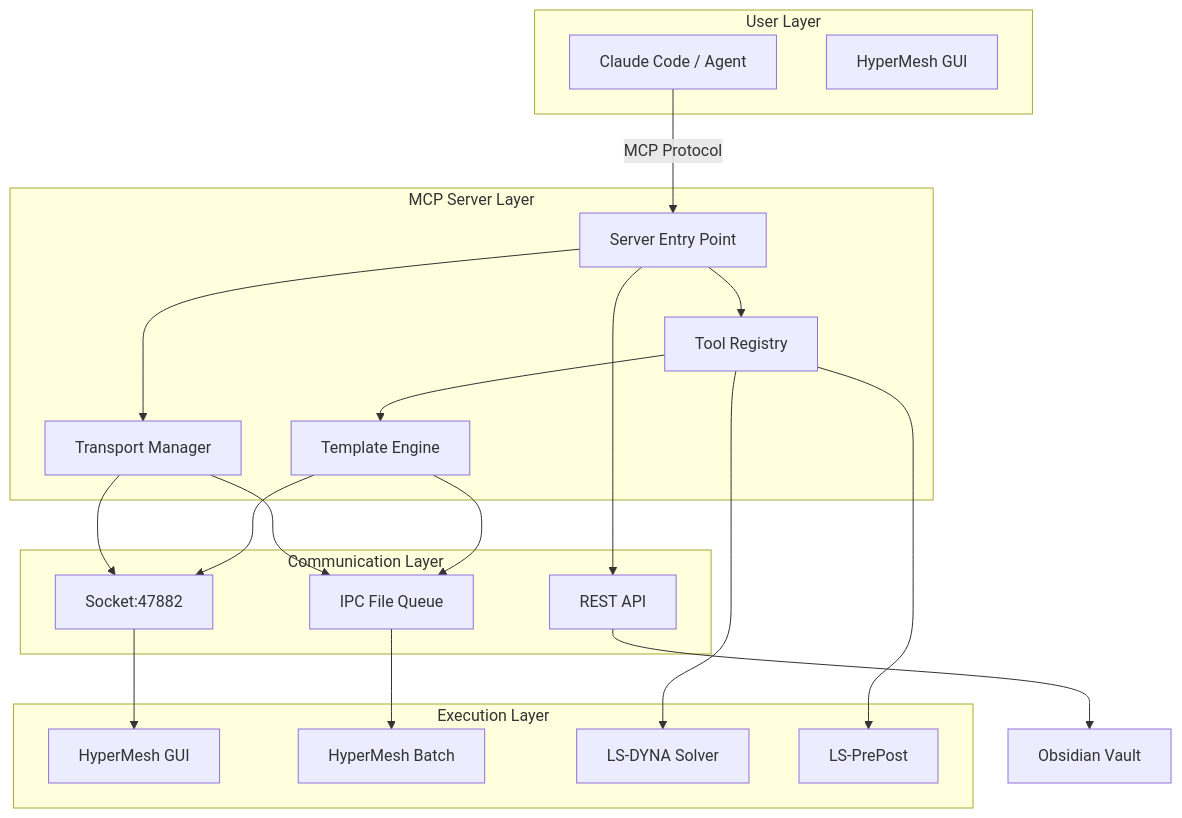
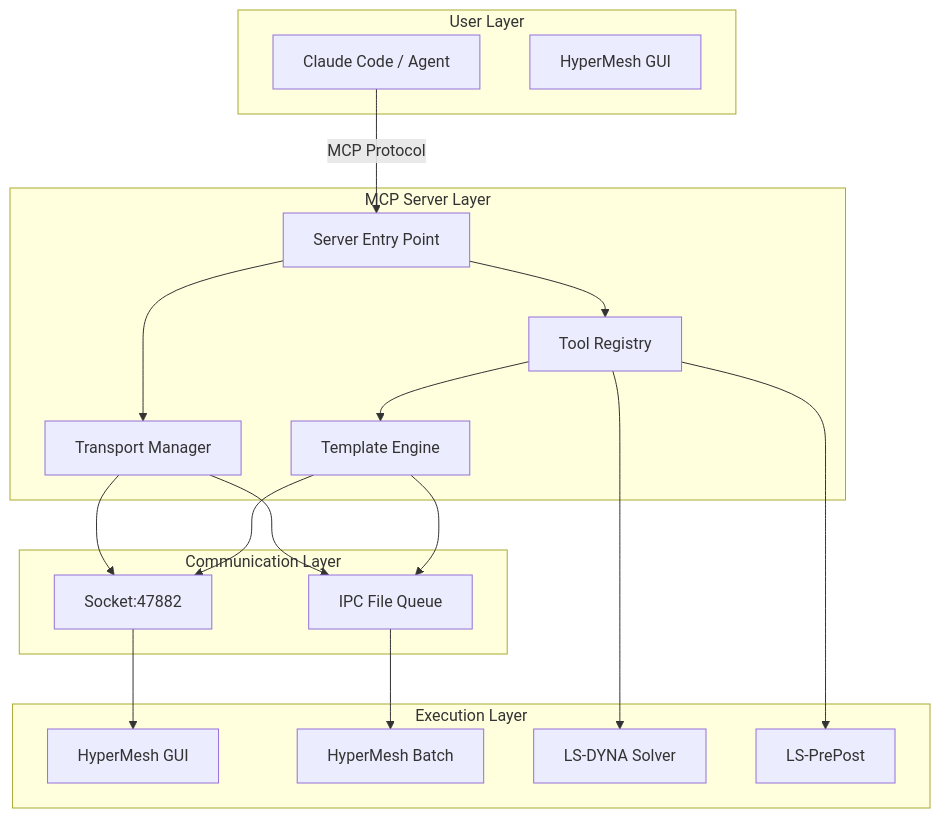
Before and after one commit to yesooner/hyper-dyna-mcp: the second of 2 diagrams in README.en.md, drawn with Mermaid. The commit also changed other lines of this file and 3 other files, not shown here.

````diff
--- a/README.en.md
+++ b/README.en.md
@@ -190,42 +206,39 @@
 ```mermaid
 graph TB
     subgraph "User Layer"
         A[Claude Code / Agent]
         B[HyperMesh GUI]
     end
     
     subgraph "MCP Server Layer"
         C[Server Entry Point]
         D[Transport Manager]
         E[Tool Registry]
         F[Template Engine]
     end
     
     subgraph "Communication Layer"
         G[Socket:47882]
         H[IPC File Queue]
-        I[REST API]
     end
     
     subgraph "Execution Layer"
         J[HyperMesh GUI]
         K[HyperMesh Batch]
         L[LS-DYNA Solver]
         M[LS-PrePost]
     end
     
     A -->|MCP Protocol| C
     C --> D
     D --> G
     D --> H
     C --> E
     E --> F
     F --> G
     F --> H
     G --> J
     H --> K
     E --> L
     E --> M
-    C --> I
-    I --> N[Obsidian Vault]
 ```
````
